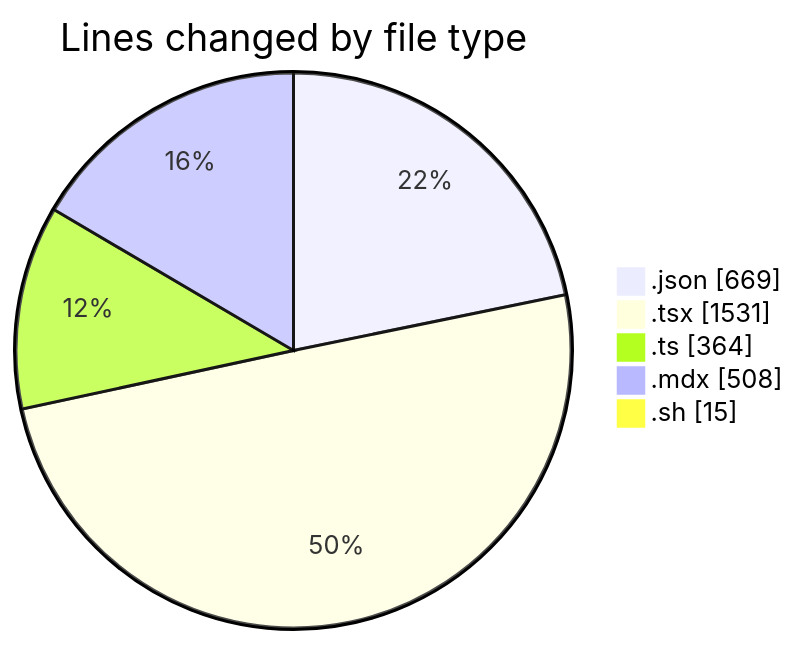
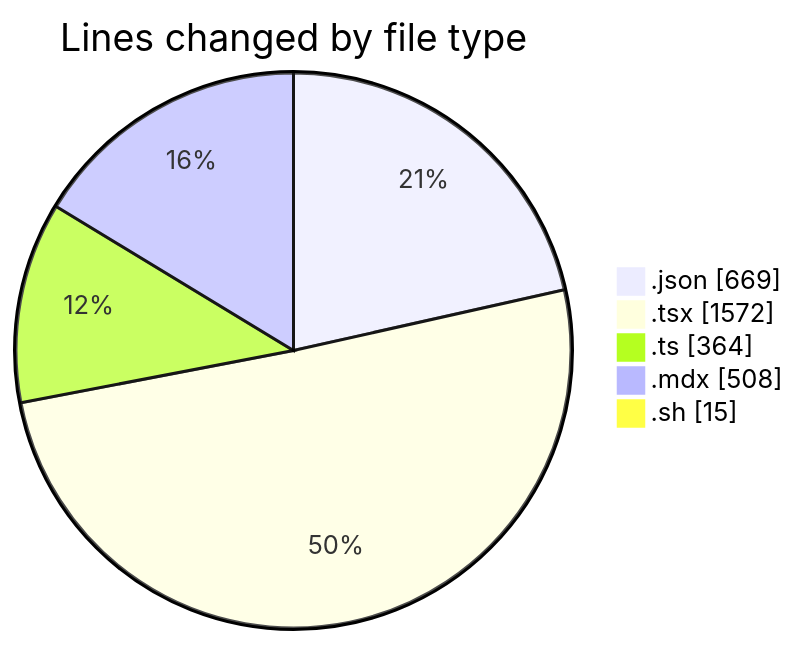
The first of 2 diagrams in 2025-05-01/niten/README.md (Elitesun/code-tracking), drawn with Mermaid before and after one commit. The commit also changed other lines of this file and 1 other file, not shown here.

````diff
--- a/2025-05-01/niten/README.md
+++ b/2025-05-01/niten/README.md
@@ -53,9 +54,9 @@
 ```mermaid
 pie showData
 title Lines changed by file type
 ".json" : 669
-".tsx" : 1531
+".tsx" : 1572
 ".ts" : 364
 ".mdx" : 508
 ".sh" : 15
 ```
````
